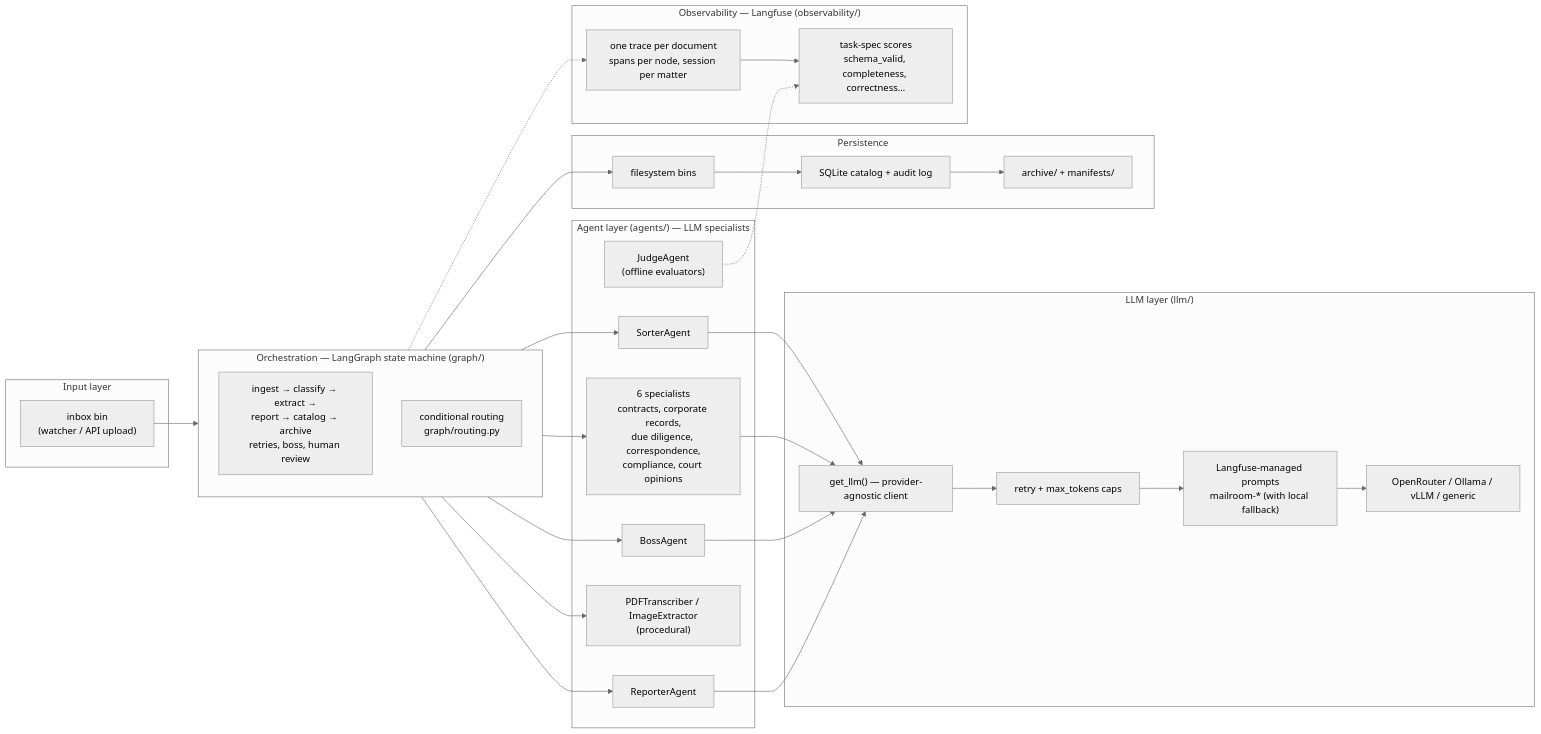
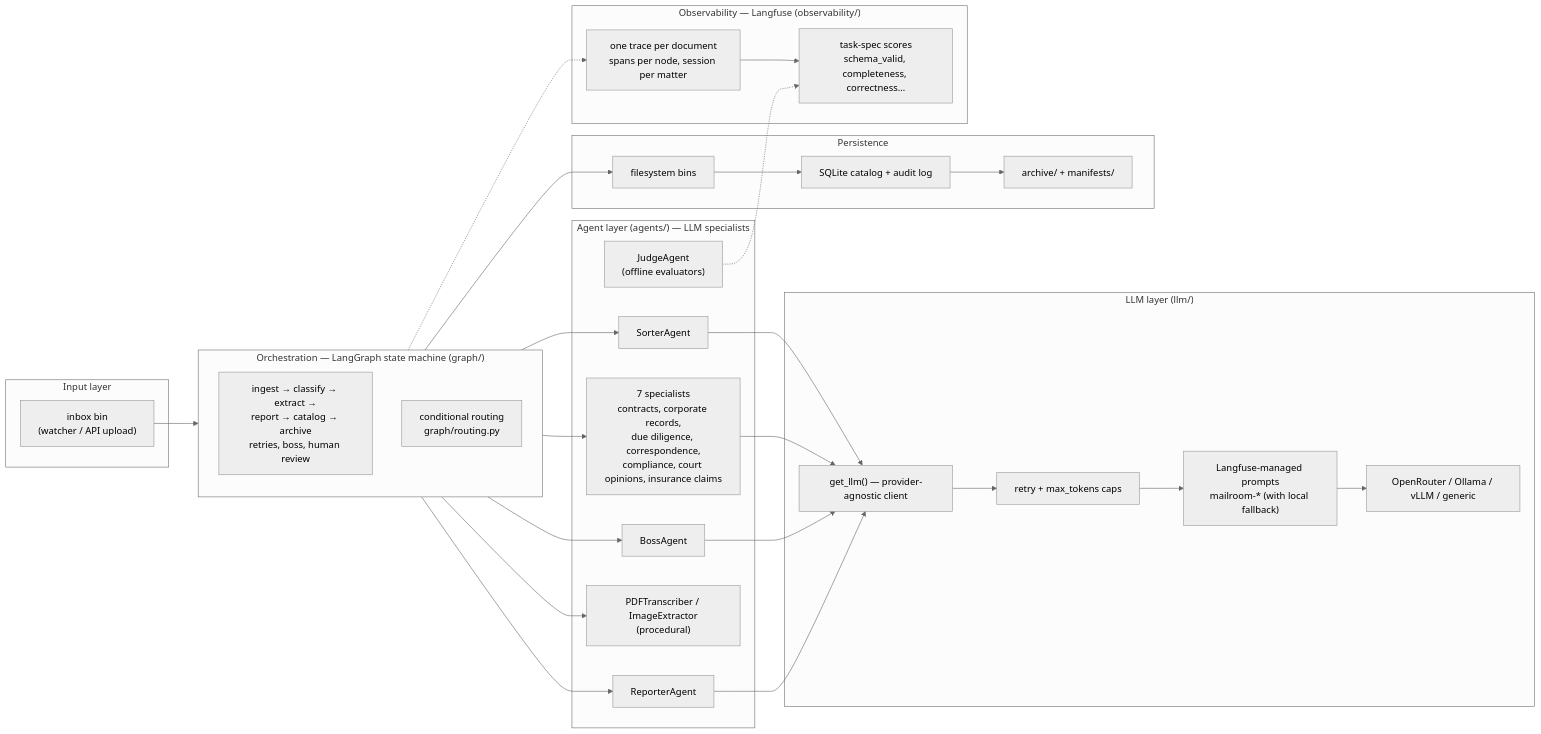
The second of 2 diagrams in docs/architecture.md (Exios66/llm-mailroom), drawn with Mermaid (neutral theme) before and after one commit. The commit also changed other lines of this file and 14 other files, not shown here.

````diff
--- a/docs/architecture.md
+++ b/docs/architecture.md
@@ -55,48 +69,48 @@
 ```mermaid
 flowchart LR
     subgraph IN["Input layer"]
         INBOX["inbox bin<br/>(watcher / API upload)"]
     end
 
     subgraph ORCH["Orchestration — LangGraph state machine (graph/)"]
         direction TB
         NODES["ingest → classify → extract →<br/>report → catalog → archive<br/>retries, boss, human review"]
         ROUTING["conditional routing<br/>graph/routing.py"]
     end
 
     subgraph AGENTS["Agent layer (agents/) — LLM specialists"]
         SORTER["SorterAgent"]
-        SPEC["6 specialists<br/>contracts, corporate records,<br/>due diligence, correspondence,<br/>compliance, court opinions"]
+        SPEC["7 specialists<br/>contracts, corporate records,<br/>due diligence, correspondence,<br/>compliance, court opinions, insurance claims"]
         BOSS["BossAgent"]
         REPORTER["ReporterAgent"]
         PDF["PDFTranscriber / ImageExtractor<br/>(procedural)"]
         JUDGE["JudgeAgent<br/>(offline evaluators)"]
     end
 
     subgraph LLM["LLM layer (llm/)"]
         CLI["get_llm() — provider-agnostic client"]
         RETRY["retry + max_tokens caps"]
         PROMPTS["Langfuse-managed prompts<br/>mailroom-* (with local fallback)"]
         P["OpenRouter / Ollama / vLLM / generic"]
     end
 
     subgraph PERSIST["Persistence"]
         BINS["filesystem bins"]
         SQLITE["SQLite catalog + audit log"]
         ARCHIVE2["archive/ + manifests/"]
     end
 
     subgraph OBS["Observability — Langfuse (observability/)"]
         TRACES["one trace per document<br/>spans per node, session per matter"]
         SCORES["task-spec scores<br/>schema_valid, completeness, correctness…"]
     end
 
     INBOX --> NODES
     NODES --> SORTER & SPEC & BOSS & REPORTER & PDF
     SORTER & SPEC & BOSS & REPORTER --> CLI
     CLI --> RETRY --> PROMPTS --> P
     NODES --> BINS --> SQLITE --> ARCHIVE2
     NODES -.-> TRACES
     TRACES --> SCORES
     JUDGE -.-> SCORES
 ```
````
